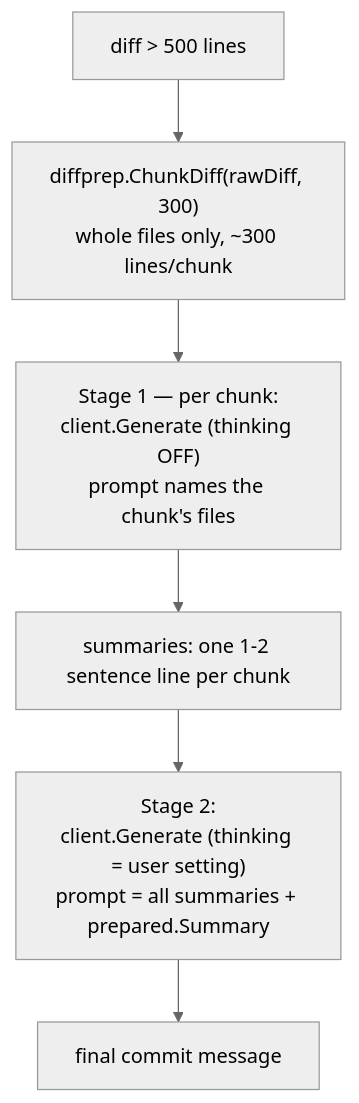
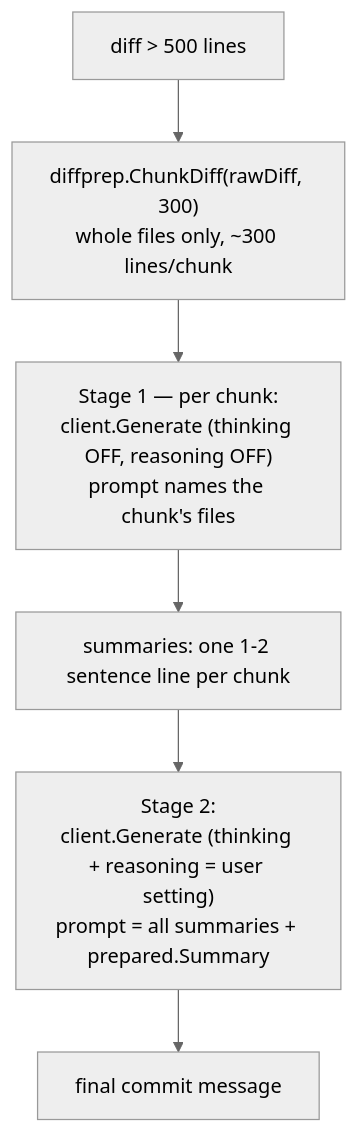
The second of 2 diagrams in docs/commit-message.md (parth-nformis/gitai), drawn with Mermaid (neutral theme) before and after one commit. The commit also changed other lines of this file and 18 other files, not shown here.

````diff
--- a/docs/commit-message.md
+++ b/docs/commit-message.md
@@ -32,8 +32,8 @@
 ```mermaid
 flowchart TD
     A["diff > 500 lines"] --> B["diffprep.ChunkDiff(rawDiff, 300)<br/>whole files only, ~300 lines/chunk"]
-    B --> C["Stage 1 — per chunk:<br/>client.Generate (thinking OFF)<br/>prompt names the chunk's files"]
+    B --> C["Stage 1 — per chunk:<br/>client.Generate (thinking OFF, reasoning OFF)<br/>prompt names the chunk's files"]
     C --> D["summaries: one 1-2 sentence line per chunk"]
-    D --> E["Stage 2:<br/>client.Generate (thinking = user setting)<br/>prompt = all summaries + prepared.Summary"]
+    D --> E["Stage 2:<br/>client.Generate (thinking + reasoning = user setting)<br/>prompt = all summaries + prepared.Summary"]
     E --> F["final commit message"]
 ```
````
